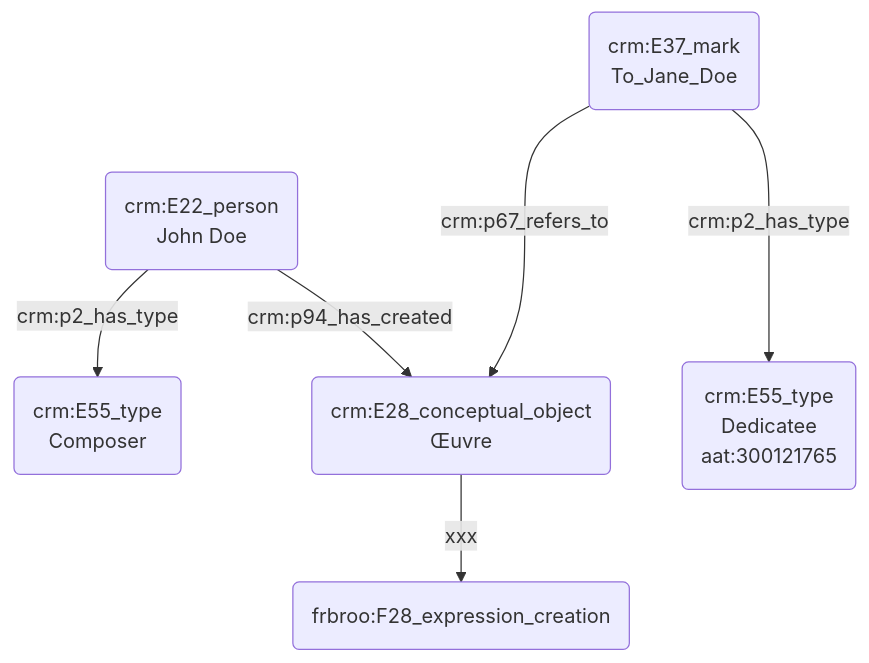
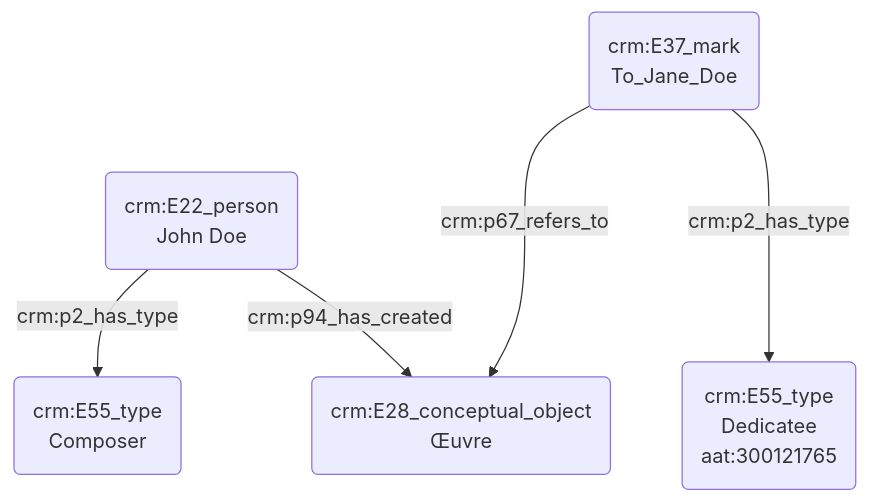
One commit to Amleth/consortium-musica2-gt2-ontologies changed the diagram in modules/livrables/Dossier 2/Indexation conceptuelle/dédicataire d'une œuvre.md. Above: the diagram before and after it, drawn with Mermaid.

Commit message:
Update dédicataire d'une œuvre.md

````diff
--- a/modules/livrables/Dossier 2/Indexation conceptuelle/dédicataire d'une œuvre.md
+++ b/modules/livrables/Dossier 2/Indexation conceptuelle/dédicataire d'une œuvre.md
@@ -13,10 +13,9 @@
 ```mermaid
 graph TD;
 
 A(crm:E22_person<br>John Doe) --> |crm:p2_has_type| B(crm:E55_type<br>Composer)
 A(crm:E22_person<br>John Doe) --> |crm:p94_has_created| C(crm:E28_conceptual_object<br>Œuvre)
 D(crm:E37_mark<br>To_Jane_Doe) ---> |crm:p67_refers_to| C(crm:E28_conceptual_object<br>Œuvre)
-C(crm:E28_conceptual_object<br>Œuvre) --> |xxx| F(frbroo:F28_expression_creation)
 D(crm:E37_mark<br>To_Jane_Doe) ---> |crm:p2_has_type| E(crm:E55_type<br>Dedicatee<br>aat:300121765)
 
 ```
````
